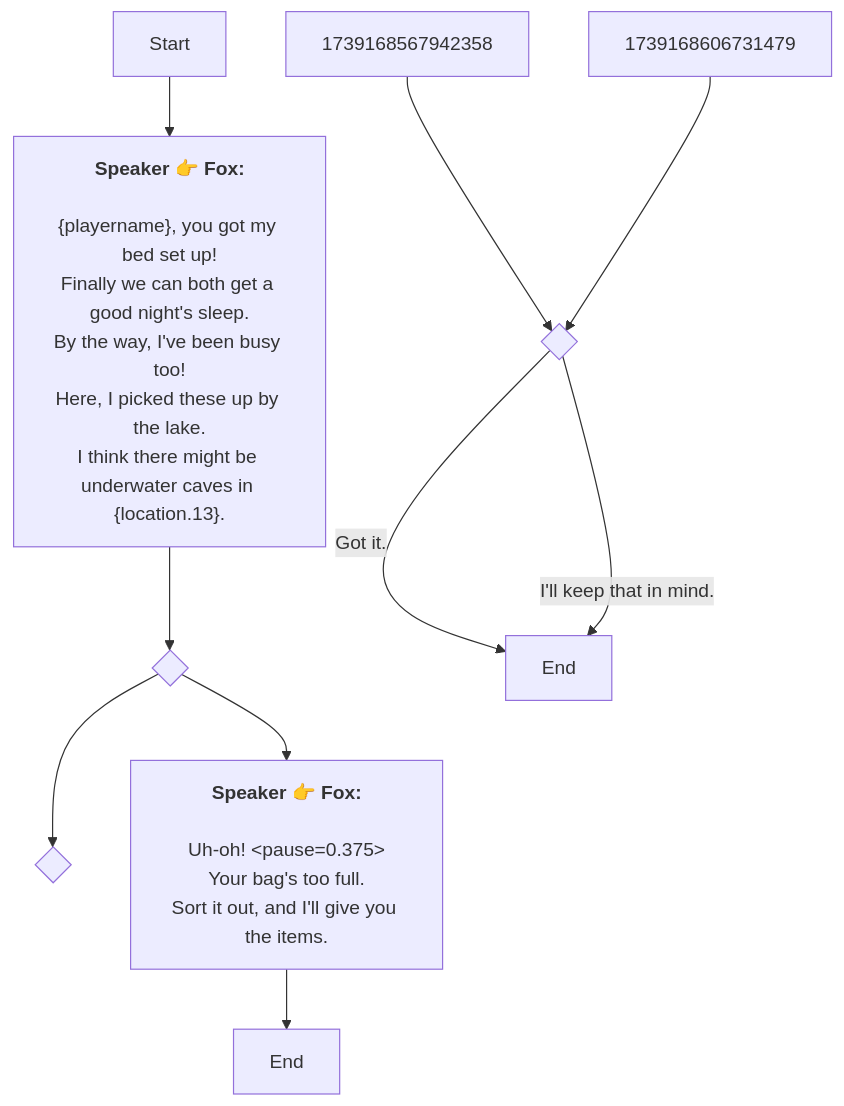
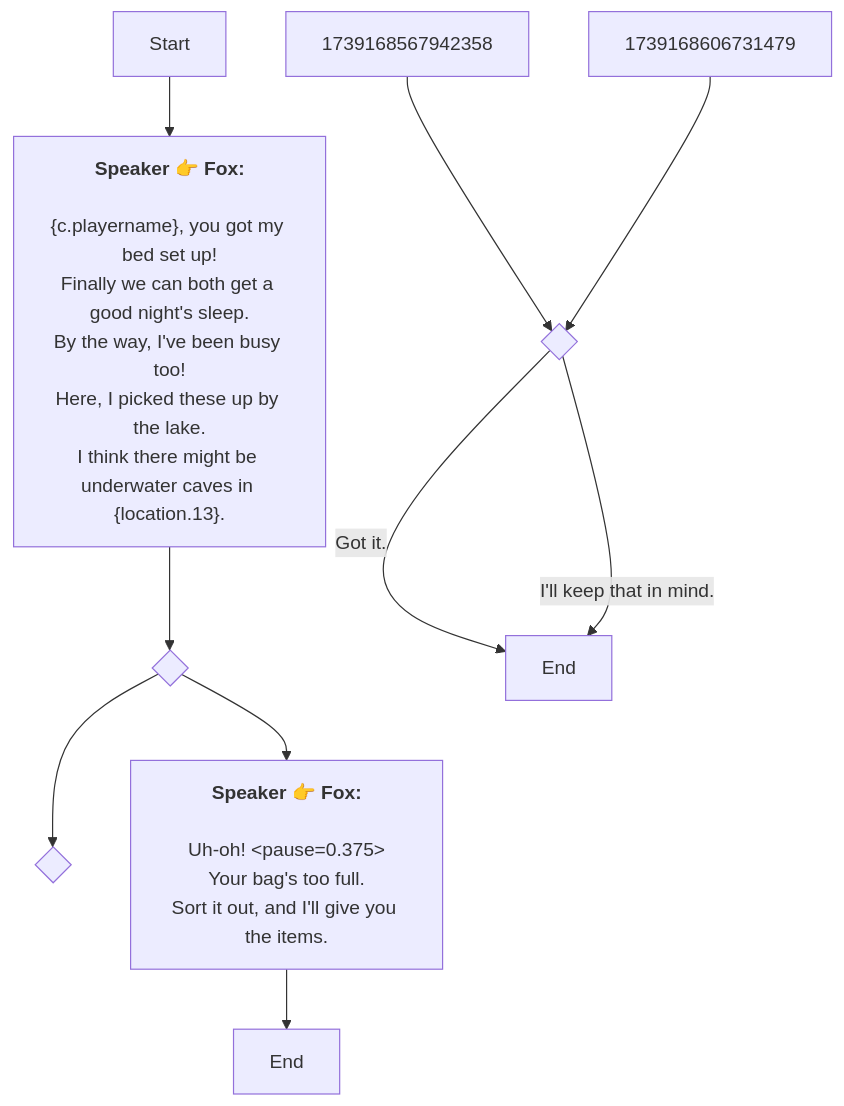
Before and after one commit to SoftHu/tos_avg: the diagram in En/QuestTalkObjectiveNode_1739167235783881.md, drawn with Mermaid. The commit also changed 410 other files, not shown here.

````diff
--- a/En/QuestTalkObjectiveNode_1739167235783881.md
+++ b/En/QuestTalkObjectiveNode_1739167235783881.md
@@ -1,20 +1,20 @@
 ```mermaid
 graph
 Start -->1739167465258188[<b>Speaker 👉 Fox:</b>
-\n&lbrace;playername&rbrace;, you got my bed set up!
+\n&lbrace;c.playername&rbrace;, you got my bed set up!
 Finally we can both get a good night's sleep.\nBy the way, I've been busy too!
 Here, I picked these up by the lake.
 I think there might be underwater caves in &lbrace;location.13&rbrace;.]
 1739167465258188 -->1739167841542350{ }
 1739167841542350 -->1739167754644685{ }
 1739167841542350 -->1739167865699535[<b>Speaker 👉 Fox:</b>
 \nUh-oh! &lt;pause=0.375&gt;
 Your bag's too full.
 Sort it out, and I'll give you the items.]
 1739168567942358 -->434792141985589{ }
 1739168606731479 -->434792141985589{ }
 1739167865699535 -->1739167896556752[End]
 434792141985589 -->|Got it.|1739167901405393[End]
 434792141985589 -->|I'll keep that in mind.|1739167901405393[End]
 
 ```
````
